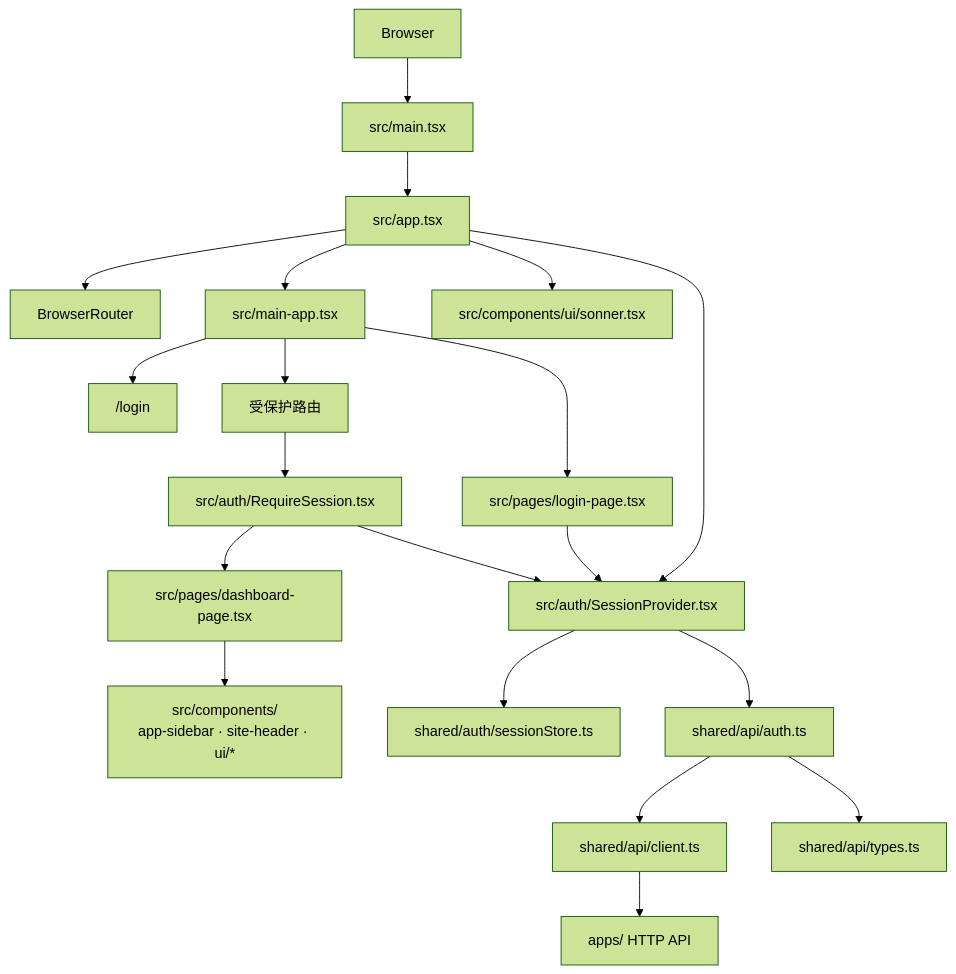
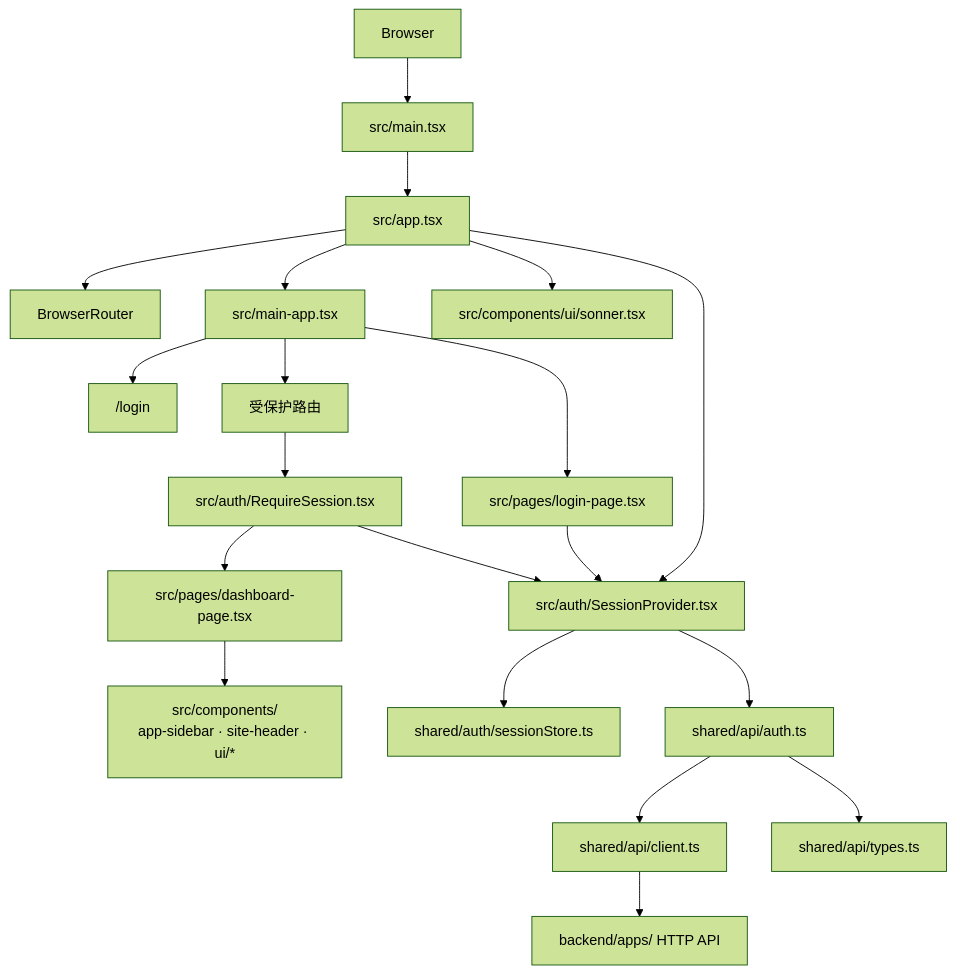
One commit to zata-zhangtao/zata-codes-template changed the first of 2 diagrams in docs/architecture/frontend-architecture.md. Above: the diagram before and after it, drawn with Mermaid (forest theme). The commit also changed other lines of this file and 61 other files, not shown here.

````diff
--- a/docs/architecture/frontend-architecture.md
+++ b/docs/architecture/frontend-architecture.md
@@ -13,25 +13,25 @@
 ```mermaid
 flowchart TD
     Browser["Browser"] --> Entry["src/main.tsx"]
     Entry --> AppRoot["src/app.tsx"]
     AppRoot --> Router["BrowserRouter"]
     AppRoot --> SessionProvider["src/auth/SessionProvider.tsx"]
     AppRoot --> MainApp["src/main-app.tsx"]
     AppRoot --> Feedback["src/components/ui/sonner.tsx"]
 
     MainApp --> LoginRoute["/login"]
     MainApp --> ProtectedRoute["受保护路由"]
     ProtectedRoute --> RouteGuard["src/auth/RequireSession.tsx"]
     RouteGuard --> DashboardPage["src/pages/dashboard-page.tsx"]
     MainApp --> LoginPage["src/pages/login-page.tsx"]
 
     DashboardPage --> LayoutShell["src/components/\napp-sidebar · site-header · ui/*"]
     LoginPage --> SessionProvider
     RouteGuard --> SessionProvider
 
     SessionProvider --> SessionStore["shared/auth/sessionStore.ts"]
     SessionProvider --> AuthApi["shared/api/auth.ts"]
     AuthApi --> ApiClient["shared/api/client.ts"]
     AuthApi --> ApiTypes["shared/api/types.ts"]
-    ApiClient --> Backend["apps/ HTTP API"]
+    ApiClient --> Backend["backend/apps/ HTTP API"]
 ```
````
